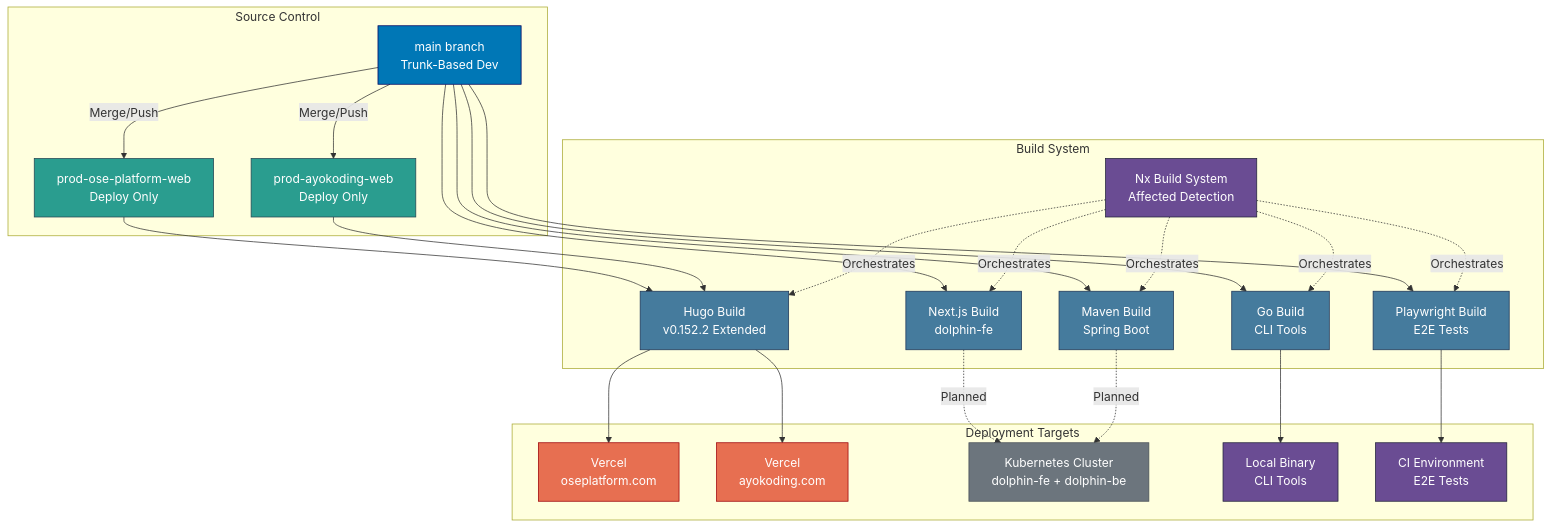
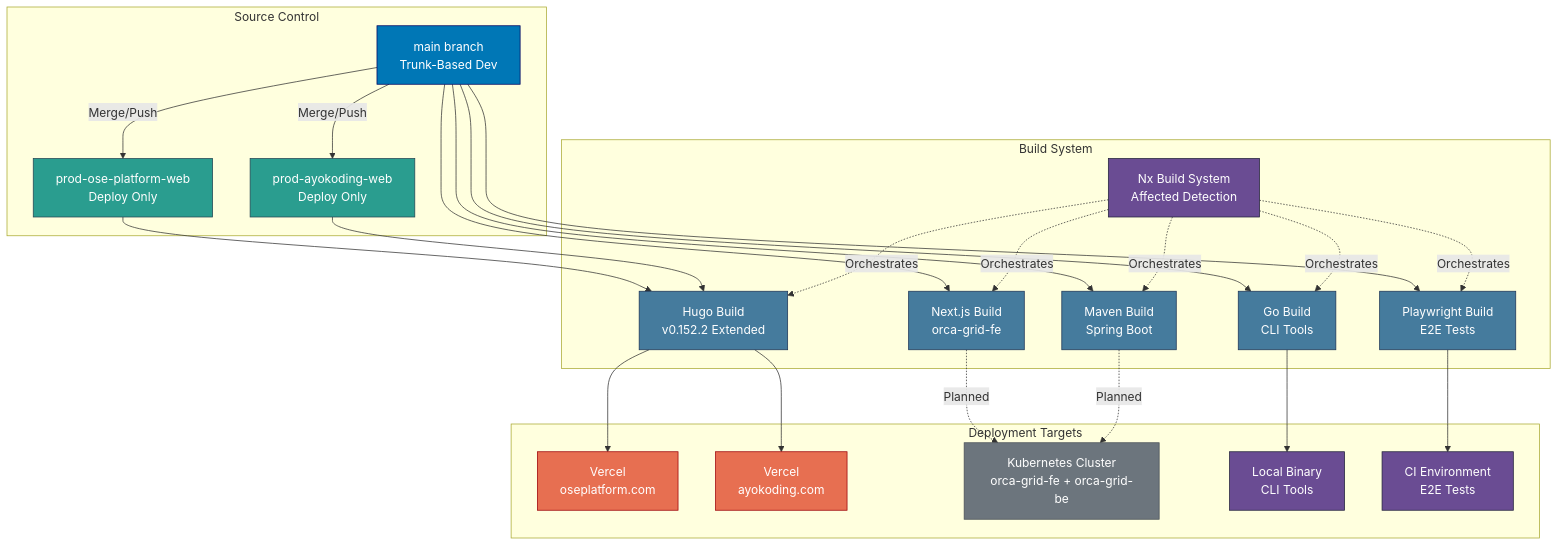
Diagram 18 of 21 in docs/reference/re__system-architecture.md (wahidyankf/open-sharia-enterprise), drawn with Mermaid before and after one commit. The commit also changed other lines of this file and 20 other files, not shown here.

````diff
--- a/docs/reference/re__system-architecture.md
+++ b/docs/reference/re__system-architecture.md
@@ -1348,63 +1348,63 @@
 ```mermaid
 graph TB
     subgraph "Source Control"
         MAIN[main branch<br/>Trunk-Based Dev]
         PROD_OSE[prod-ose-platform-web<br/>Deploy Only]
         PROD_AYO[prod-ayokoding-web<br/>Deploy Only]
     end
 
     subgraph "Build System"
         NX_BUILD[Nx Build System<br/>Affected Detection]
         HUGO_BUILD[Hugo Build<br/>v0.152.2 Extended]
-        NEXTJS_BUILD[Next.js Build<br/>dolphin-fe]
+        NEXTJS_BUILD[Next.js Build<br/>orca-grid-fe]
         GO_BUILD[Go Build<br/>CLI Tools]
         MAVEN_BUILD[Maven Build<br/>Spring Boot]
         PLAYWRIGHT_BUILD[Playwright Build<br/>E2E Tests]
     end
 
     subgraph "Deployment Targets"
         VERCEL_OSE[Vercel<br/>oseplatform.com]
         VERCEL_AYO[Vercel<br/>ayokoding.com]
-        K8S_CLUSTER[Kubernetes Cluster<br/>dolphin-fe + dolphin-be]
+        K8S_CLUSTER[Kubernetes Cluster<br/>orca-grid-fe + orca-grid-be]
         LOCAL[Local Binary<br/>CLI Tools]
         CI_E2E[CI Environment<br/>E2E Tests]
     end
 
     MAIN -->|Merge/Push| PROD_OSE
     MAIN -->|Merge/Push| PROD_AYO
 
     PROD_OSE --> HUGO_BUILD
     PROD_AYO --> HUGO_BUILD
     MAIN --> NEXTJS_BUILD
     MAIN --> GO_BUILD
     MAIN --> MAVEN_BUILD
     MAIN --> PLAYWRIGHT_BUILD
 
     HUGO_BUILD --> VERCEL_OSE
     HUGO_BUILD --> VERCEL_AYO
     NEXTJS_BUILD -.->|Planned| K8S_CLUSTER
     GO_BUILD --> LOCAL
     MAVEN_BUILD -.->|Planned| K8S_CLUSTER
     PLAYWRIGHT_BUILD --> CI_E2E
 
     NX_BUILD -.->|Orchestrates| HUGO_BUILD
     NX_BUILD -.->|Orchestrates| NEXTJS_BUILD
     NX_BUILD -.->|Orchestrates| GO_BUILD
     NX_BUILD -.->|Orchestrates| MAVEN_BUILD
     NX_BUILD -.->|Orchestrates| PLAYWRIGHT_BUILD
 
     style MAIN fill:#0077b6,stroke:#03045e,color:#ffffff
     style PROD_OSE fill:#2a9d8f,stroke:#264653,color:#ffffff
     style PROD_AYO fill:#2a9d8f,stroke:#264653,color:#ffffff
     style NX_BUILD fill:#6a4c93,stroke:#22223b,color:#ffffff
     style HUGO_BUILD fill:#457b9d,stroke:#1d3557,color:#ffffff
     style NEXTJS_BUILD fill:#457b9d,stroke:#1d3557,color:#ffffff
     style GO_BUILD fill:#457b9d,stroke:#1d3557,color:#ffffff
     style MAVEN_BUILD fill:#457b9d,stroke:#1d3557,color:#ffffff
     style PLAYWRIGHT_BUILD fill:#457b9d,stroke:#1d3557,color:#ffffff
     style VERCEL_OSE fill:#e76f51,stroke:#9d0208,color:#ffffff
     style VERCEL_AYO fill:#e76f51,stroke:#9d0208,color:#ffffff
     style K8S_CLUSTER fill:#6c757d,stroke:#495057,color:#ffffff
     style LOCAL fill:#6a4c93,stroke:#22223b,color:#ffffff
     style CI_E2E fill:#6a4c93,stroke:#22223b,color:#ffffff
 ```
````
